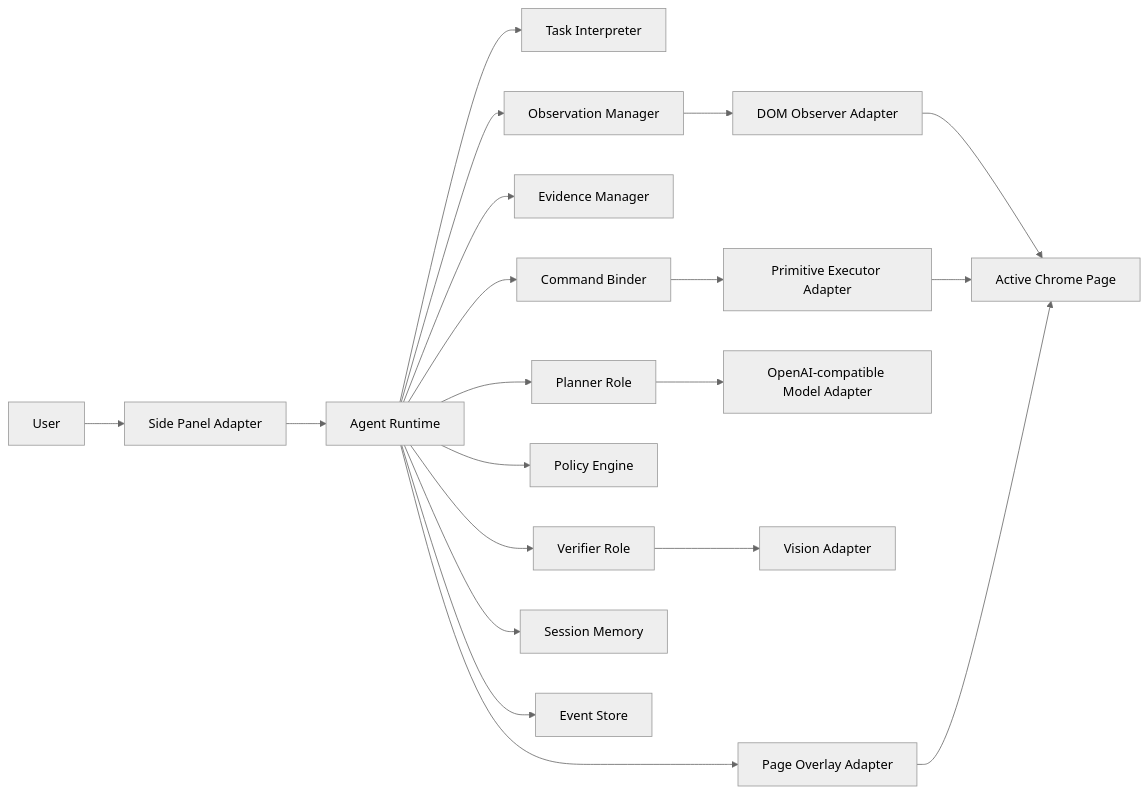
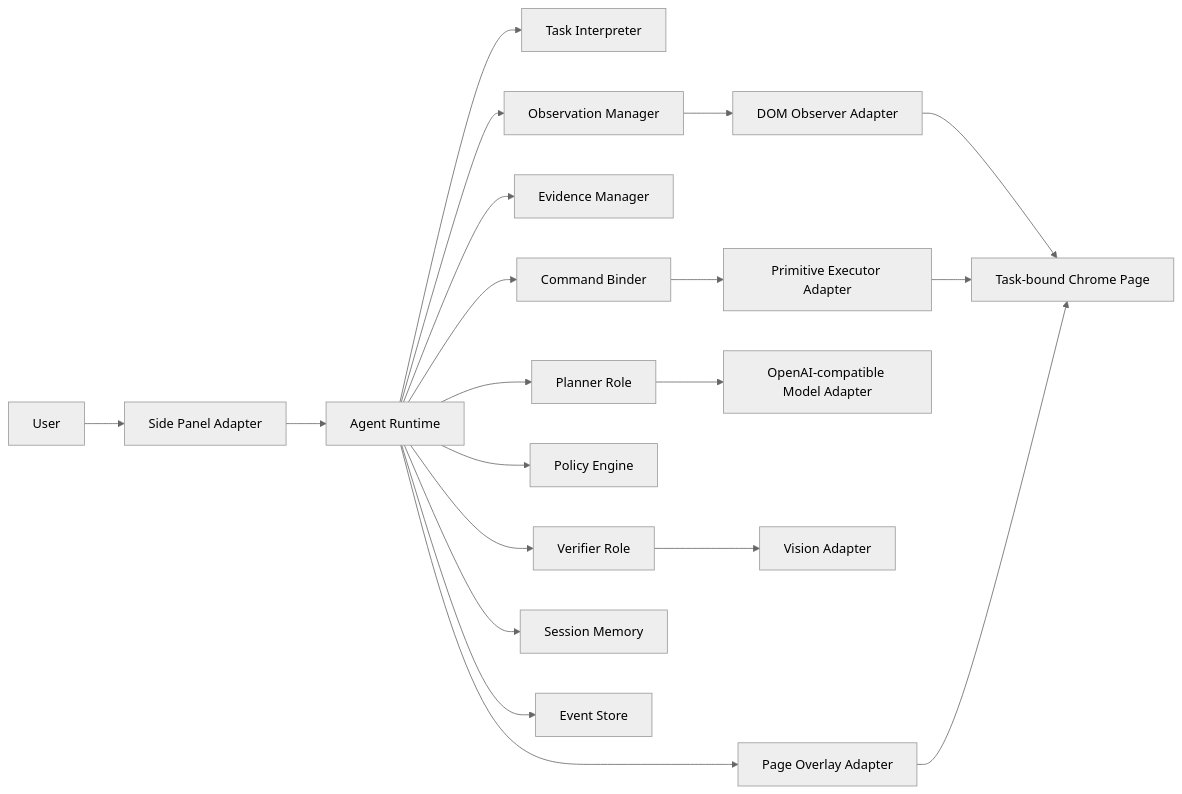
The diagram in README.md (kuschzzp/NaturalClick), drawn with Mermaid (neutral theme) before and after one commit. The commit also changed other lines of this file and 5 other files, not shown here.

````diff
--- a/README.md
+++ b/README.md
@@ -43,25 +46,25 @@
 ```mermaid
 flowchart LR
   User[User] --> Sidepanel[Side Panel Adapter]
   Sidepanel --> Runtime[Agent Runtime]
 
   Runtime --> Interpreter[Task Interpreter]
   Runtime --> Observation[Observation Manager]
   Runtime --> Evidence[Evidence Manager]
   Runtime --> Planner[Planner Role]
   Runtime --> Binder[Command Binder]
   Runtime --> Policy[Policy Engine]
   Runtime --> Verifier[Verifier Role]
   Runtime --> Memory[Session Memory]
 
   Observation --> DOM[DOM Observer Adapter]
   Binder --> Executor[Primitive Executor Adapter]
   Planner --> Model[OpenAI-compatible Model Adapter]
   Verifier --> Vision[Vision Adapter]
   Runtime --> Events[Event Store]
   Runtime --> Overlay[Page Overlay Adapter]
 
-  DOM --> Page[Active Chrome Page]
+  DOM --> Page[Task-bound Chrome Page]
   Executor --> Page
   Overlay --> Page
 ```
````
